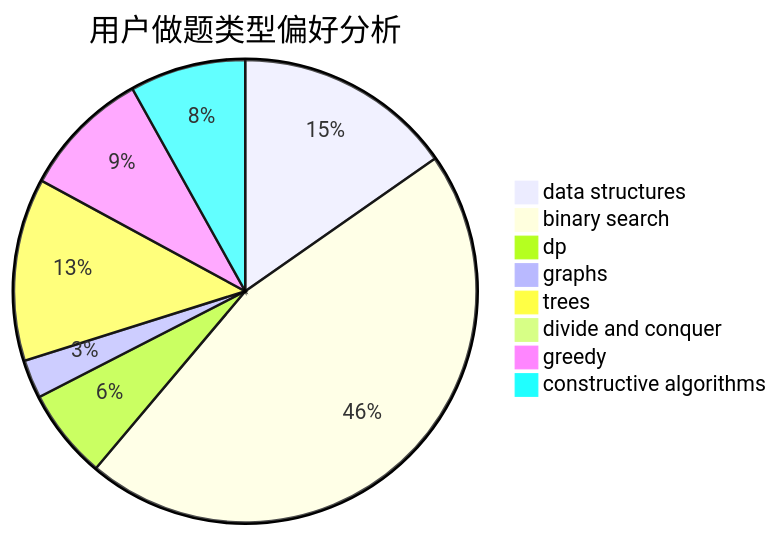
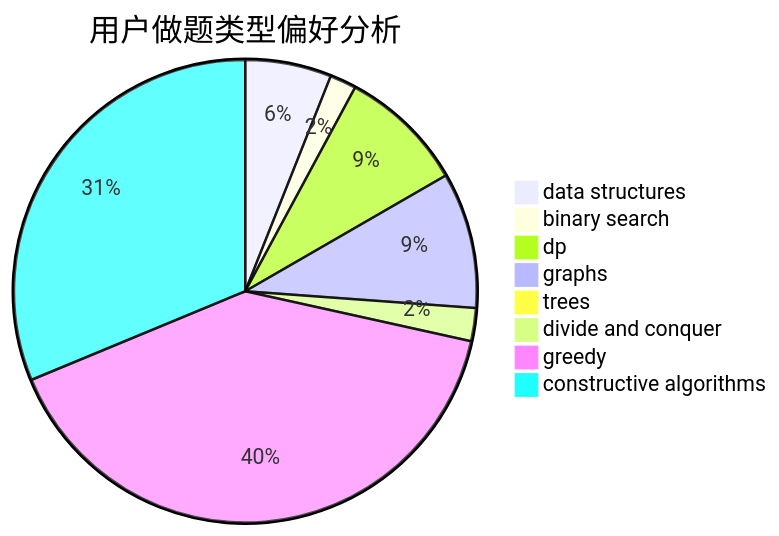
Before and after one commit to sherpahu/cfrs.github.io: the second of 3 diagrams in docs/user/u1706.md, drawn with Mermaid. The commit also changed other lines of this file and 2770 other files, not shown here.

````diff
--- a/docs/user/u1706.md
+++ b/docs/user/u1706.md
@@ -23,11 +23,11 @@
 ```mermaid
 pie title 用户做题类型偏好分析
-    "data structures" :  85
-    "binary search" :  255
-    "dp" :  35
-    "graphs" :  15
-    "trees" :  71
-    "divide and conquer" :  0
-    "greedy" :  50
-    "constructive algorithms" :  45
+    "data structures" :  26
+    "binary search" :  8
+    "dp" :  38
+    "graphs" :  41
+    "trees" :  0
+    "divide and conquer" :  10
+    "greedy" :  174
+    "constructive algorithms" :  135
 ```
````
